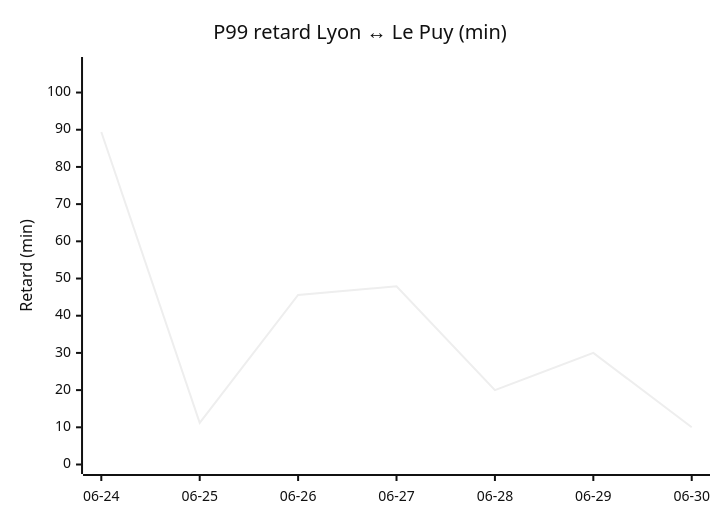
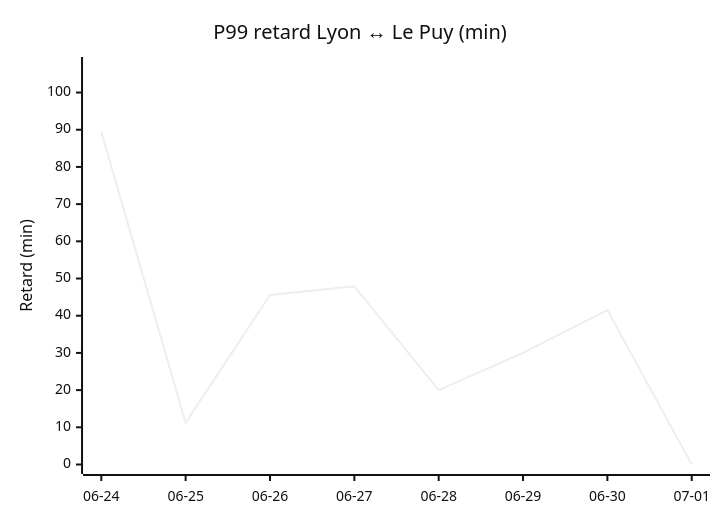
The fourth of 4 diagrams in STATS.md (antoinerep/horaire-ter), drawn with Mermaid (neutral theme) before and after one commit. The commit also changed other lines of this file and 1 other file, not shown here.

````diff
--- a/STATS.md
+++ b/STATS.md
@@ -89,7 +90,7 @@
 ```mermaid
 xychart-beta
     title "P99 retard Lyon ↔ Le Puy (min)"
-    x-axis ["06-24", "06-25", "06-26", "06-27", "06-28", "06-29", "06-30"]
+    x-axis ["06-24", "06-25", "06-26", "06-27", "06-28", "06-29", "06-30", "07-01"]
     y-axis "Retard (min)" 0 --> 107
-    line [89.4, 11.2, 45.6, 47.9, 20.0, 30.0, 10.0]
+    line [89.4, 11.2, 45.6, 47.9, 20.0, 30.0, 41.5, 0.0]
 ```
````
